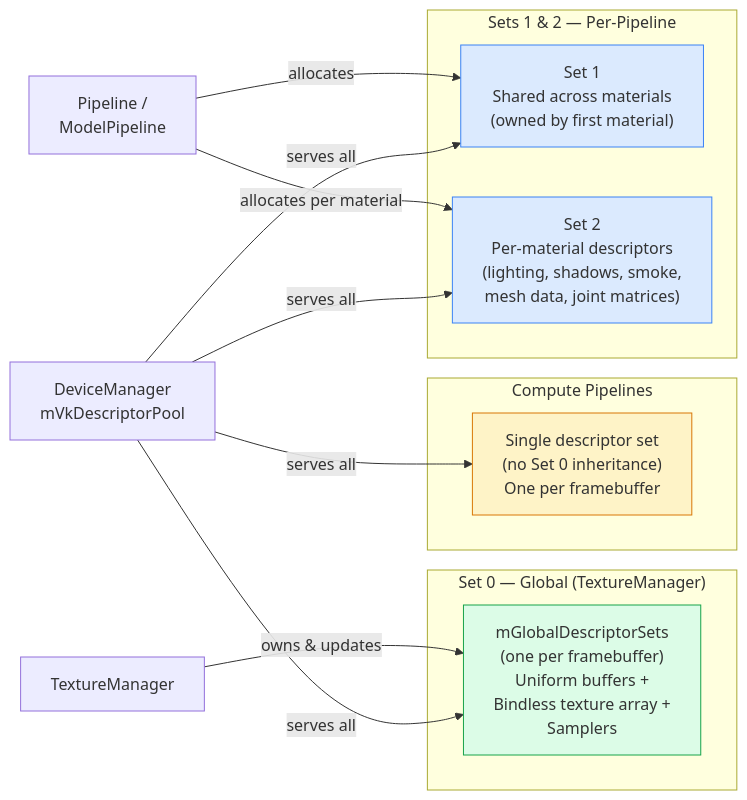
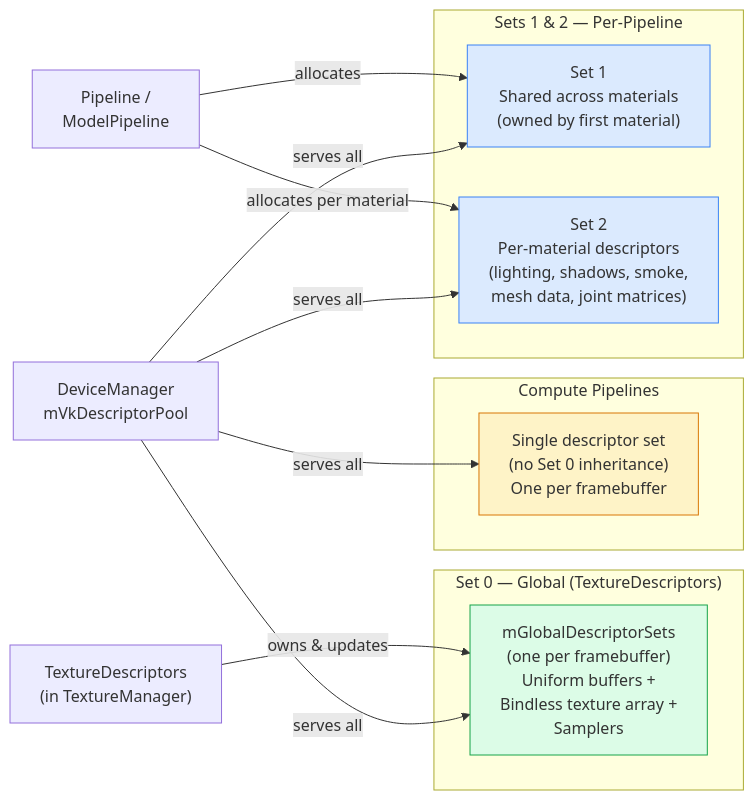
One commit to DougTanner/BrokenEnginePublic changed the fourth of 4 diagrams in Documents/Architecture/GraphicsPipeline.md. Above: the diagram before and after it, drawn with Mermaid. The commit also changed other lines of this file and 222 other files, not shown here.

````diff
--- a/Documents/Architecture/GraphicsPipeline.md
+++ b/Documents/Architecture/GraphicsPipeline.md
@@ -109,28 +109,28 @@
 ```mermaid
 %%{init: {'theme': 'default'}}%%
 graph LR
     classDef set0 fill:#dcfce7,stroke:#16a34a
     classDef set12 fill:#dbeafe,stroke:#3b82f6
     classDef compute fill:#fef3c7,stroke:#d97706
 
-    subgraph SET0 ["Set 0 — Global (TextureManager)"]
+    subgraph SET0 ["Set 0 — Global (TextureDescriptors)"]
         S0["mGlobalDescriptorSets<br/>(one per framebuffer)<br/>Uniform buffers +<br/>Bindless texture array +<br/>Samplers"]:::set0
     end
 
     subgraph SET12 ["Sets 1 & 2 — Per-Pipeline"]
         S1["Set 1<br/>Shared across materials<br/>(owned by first material)"]:::set12
         S2["Set 2<br/>Per-material descriptors<br/>(lighting, shadows, smoke,<br/>mesh data, joint matrices)"]:::set12
     end
 
     subgraph COMPUTE ["Compute Pipelines"]
         SC["Single descriptor set<br/>(no Set 0 inheritance)<br/>One per framebuffer"]:::compute
     end
 
-    TXM["TextureManager"] -->|"owns & updates"| S0
+    TXM["TextureDescriptors<br/>(in TextureManager)"] -->|"owns & updates"| S0
     PIPE["Pipeline /<br/>ModelPipeline"] -->|"allocates"| S1
     PIPE -->|"allocates per material"| S2
     POOL["DeviceManager<br/>mVkDescriptorPool"] -->|"serves all"| S0
     POOL -->|"serves all"| S1
     POOL -->|"serves all"| S2
     POOL -->|"serves all"| SC
 ```
````
